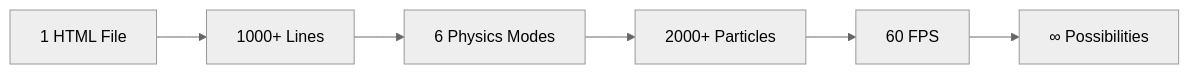
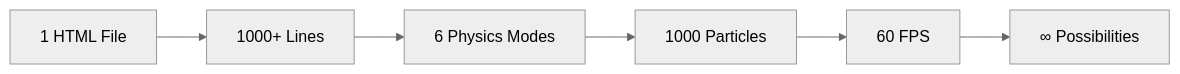
One commit to Zacsluss/particle_physics_simulator changed the diagram in README.md. Above: the diagram before and after it, drawn with Mermaid (neutral theme). The commit also changed other lines of this file and 2 other files, not shown here.

````diff
--- a/README.md
+++ b/README.md
@@ -180,8 +190,8 @@
 ```mermaid
 graph LR
     A[1 HTML File] --> B[1000+ Lines]
     B --> C[6 Physics Modes]
-    C --> D[2000+ Particles]
+    C --> D[1000 Particles]
     D --> E[60 FPS]
     E --> F[∞ Possibilities]
 ```
````
